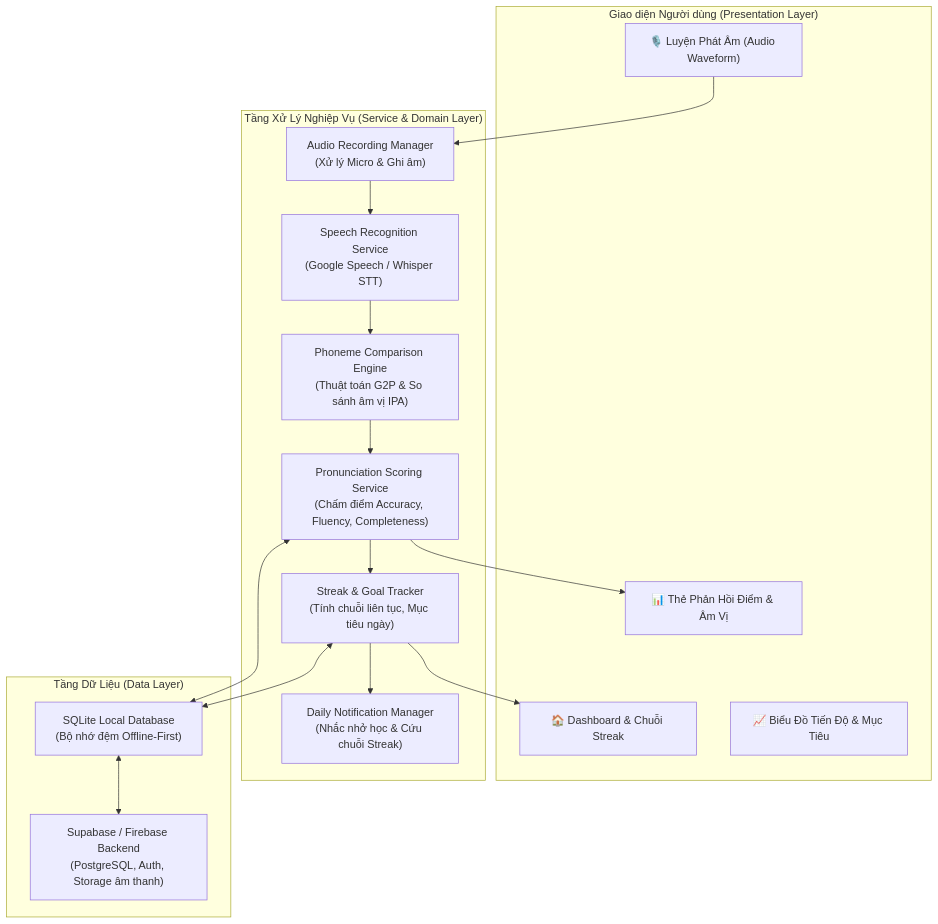
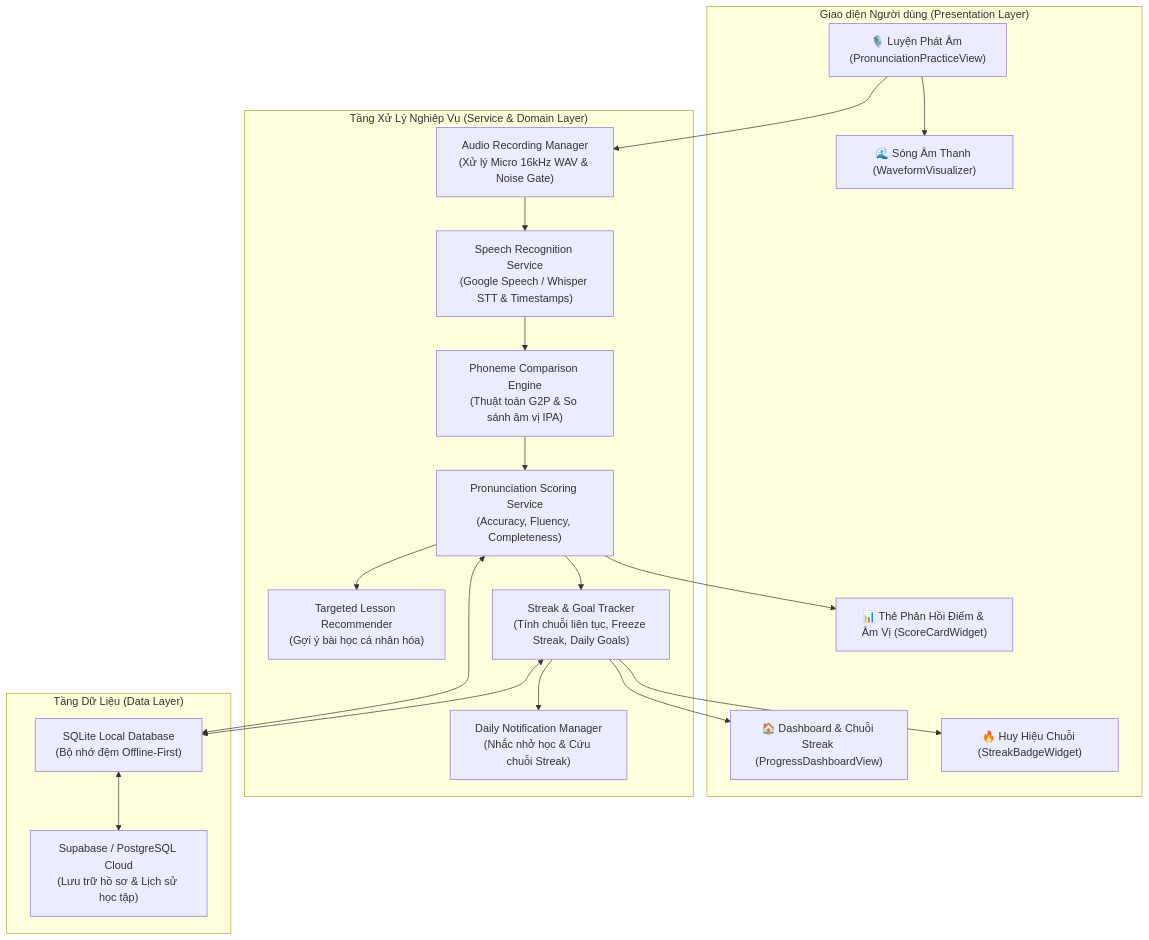
The first of 2 diagrams in README.md (hhuynh2005/CSE441_TH3), drawn with Mermaid before and after one commit. The commit also changed other lines of this file and 1 other file, not shown here.

Commit message:
docs: cap nhat README.md va bao cao tien do hoan thanh TH3 cua 4 thanh vien

````diff
--- a/README.md
+++ b/README.md
@@ -42,35 +43,40 @@
 ```mermaid
 flowchart TD
     subgraph UI["Giao diện Người dùng (Presentation Layer)"]
-        HomeView["🏠 Dashboard & Chuỗi Streak"]
-        PracticeView["🎙️ Luyện Phát Âm (Audio Waveform)"]
-        FeedbackView["📊 Thẻ Phản Hồi Điểm & Âm Vị"]
-        ProgressView["📈 Biểu Đồ Tiến Độ & Mục Tiêu"]
+        HomeView["🏠 Dashboard & Chuỗi Streak (ProgressDashboardView)"]
+        PracticeView["🎙️ Luyện Phát Âm (PronunciationPracticeView)"]
+        WaveWidget["🌊 Sóng Âm Thanh (WaveformVisualizer)"]
+        FeedbackView["📊 Thẻ Phản Hồi Điểm & Âm Vị (ScoreCardWidget)"]
+        BadgeWidget["🔥 Huy Hiệu Chuỗi (StreakBadgeWidget)"]
     end
 
     subgraph CoreServices["Tầng Xử Lý Nghiệp Vụ (Service & Domain Layer)"]
-        AudioMgr["Audio Recording Manager\n(Xử lý Micro & Ghi âm)"]
-        STTEngine["Speech Recognition Service\n(Google Speech / Whisper STT)"]
+        AudioMgr["Audio Recording Manager\n(Xử lý Micro 16kHz WAV & Noise Gate)"]
+        STTEngine["Speech Recognition Service\n(Google Speech / Whisper STT & Timestamps)"]
         PhonemeEngine["Phoneme Comparison Engine\n(Thuật toán G2P & So sánh âm vị IPA)"]
-        ScoringService["Pronunciation Scoring Service\n(Chấm điểm Accuracy, Fluency, Completeness)"]
-        StreakTracker["Streak & Goal Tracker\n(Tính chuỗi liên tục, Mục tiêu ngày)"]
+        ScoringService["Pronunciation Scoring Service\n(Accuracy, Fluency, Completeness)"]
+        Recommender["Targeted Lesson Recommender\n(Gợi ý bài học cá nhân hóa)"]
+        StreakTracker["Streak & Goal Tracker\n(Tính chuỗi liên tục, Freeze Streak, Daily Goals)"]
         NotificationMgr["Daily Notification Manager\n(Nhắc nhở học & Cứu chuỗi Streak)"]
     end
 
     subgraph DataLayer["Tầng Dữ Liệu (Data Layer)"]
         LocalDB["SQLite Local Database\n(Bộ nhớ đệm Offline-First)"]
-        CloudDB["Supabase / Firebase Backend\n(PostgreSQL, Auth, Storage âm thanh)"]
+        CloudDB["Supabase / PostgreSQL Cloud\n(Lưu trữ hồ sơ & Lịch sử học tập)"]
     end
 
     PracticeView --> AudioMgr
+    PracticeView --> WaveWidget
     AudioMgr --> STTEngine
     STTEngine --> PhonemeEngine
     PhonemeEngine --> ScoringService
+    ScoringService --> Recommender
     ScoringService --> FeedbackView
     ScoringService --> StreakTracker
     StreakTracker --> HomeView
+    StreakTracker --> BadgeWidget
     StreakTracker --> NotificationMgr
     StreakTracker <--> LocalDB
     ScoringService <--> LocalDB
     LocalDB <--> CloudDB
 ```
````
